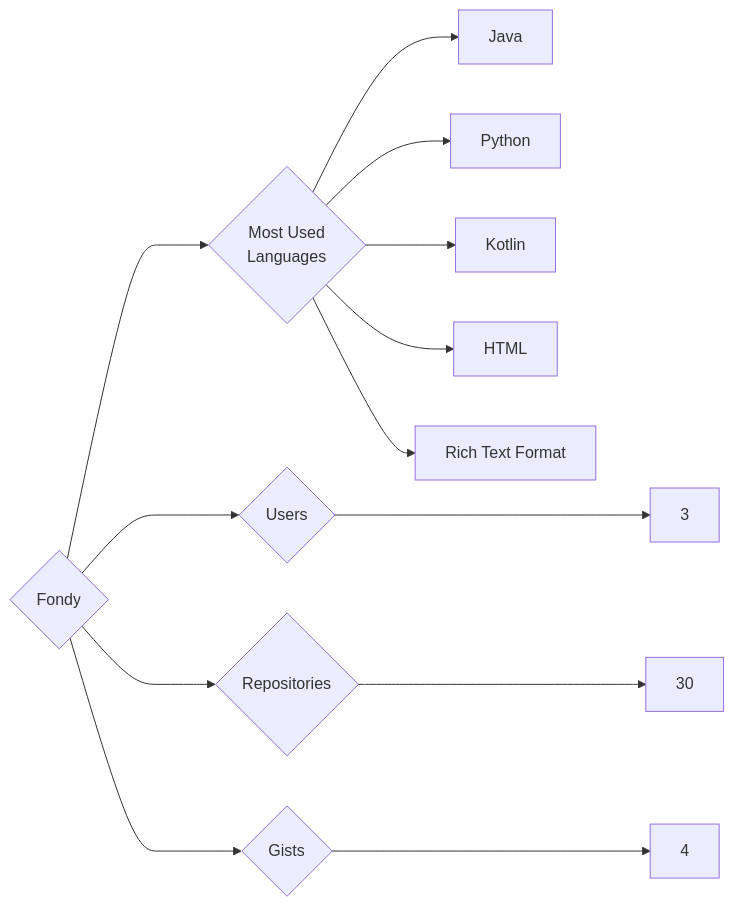
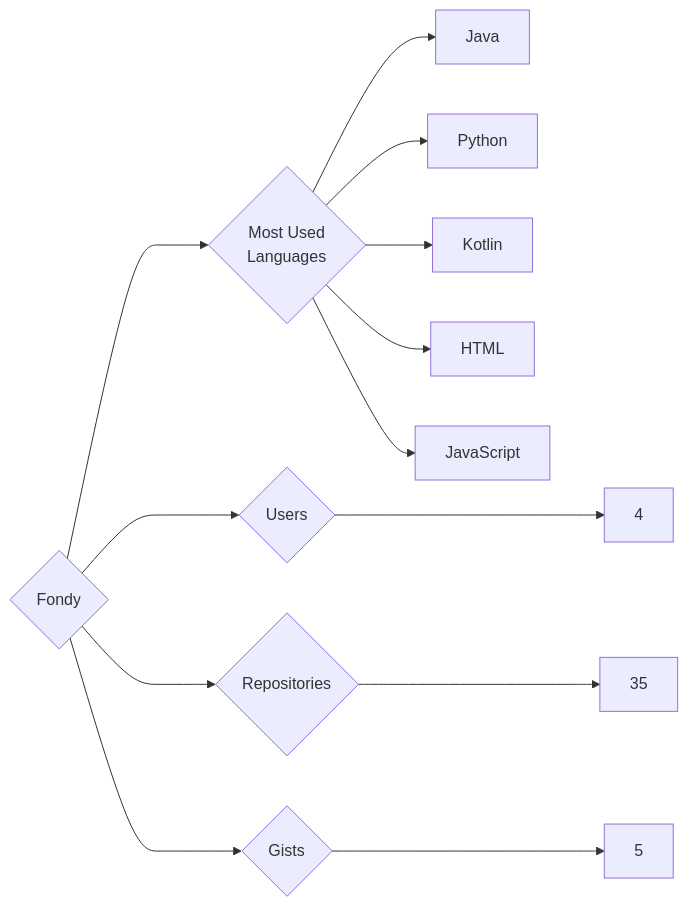
Before and after one commit to trickest/insiders: the diagram in targets/Fondy/README.md, drawn with Mermaid. The commit also changed 838 other files, not shown here.

````diff
--- a/targets/Fondy/README.md
+++ b/targets/Fondy/README.md
@@ -3,13 +3,13 @@
 ```mermaid
 graph LR
 COMPANY_NAME{Fondy}
-COMPANY_NAME ---> U{Users} ---> UN[3]
-COMPANY_NAME ---> R{Repositories} ---> RN[30]
-COMPANY_NAME ---> G{Gists} ---> GN[4]
+COMPANY_NAME ---> U{Users} ---> UN[4]
+COMPANY_NAME ---> R{Repositories} ---> RN[35]
+COMPANY_NAME ---> G{Gists} ---> GN[5]
 COMPANY_NAME ---> ML{Most Used<br>Languages}
 ML --> Java[Java]
 ML --> Python[Python]
 ML --> Kotlin[Kotlin]
 ML --> HTML[HTML]
-ML --> Rich_Text_Format[Rich Text Format]
+ML --> JavaScript[JavaScript]
 ```
````
